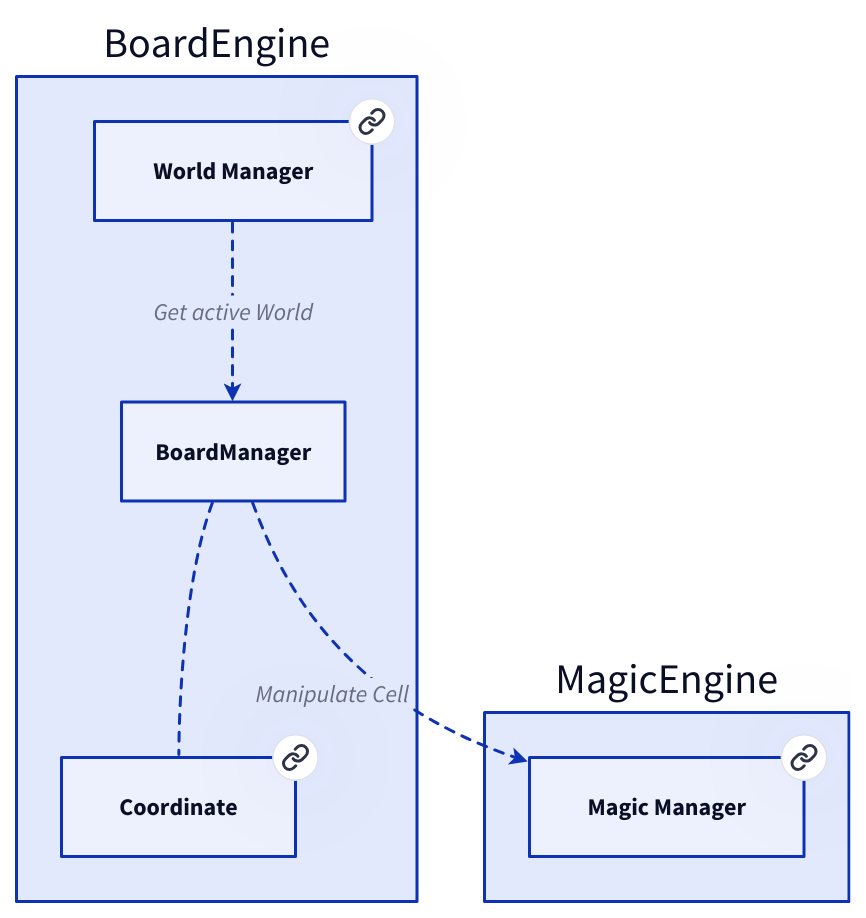
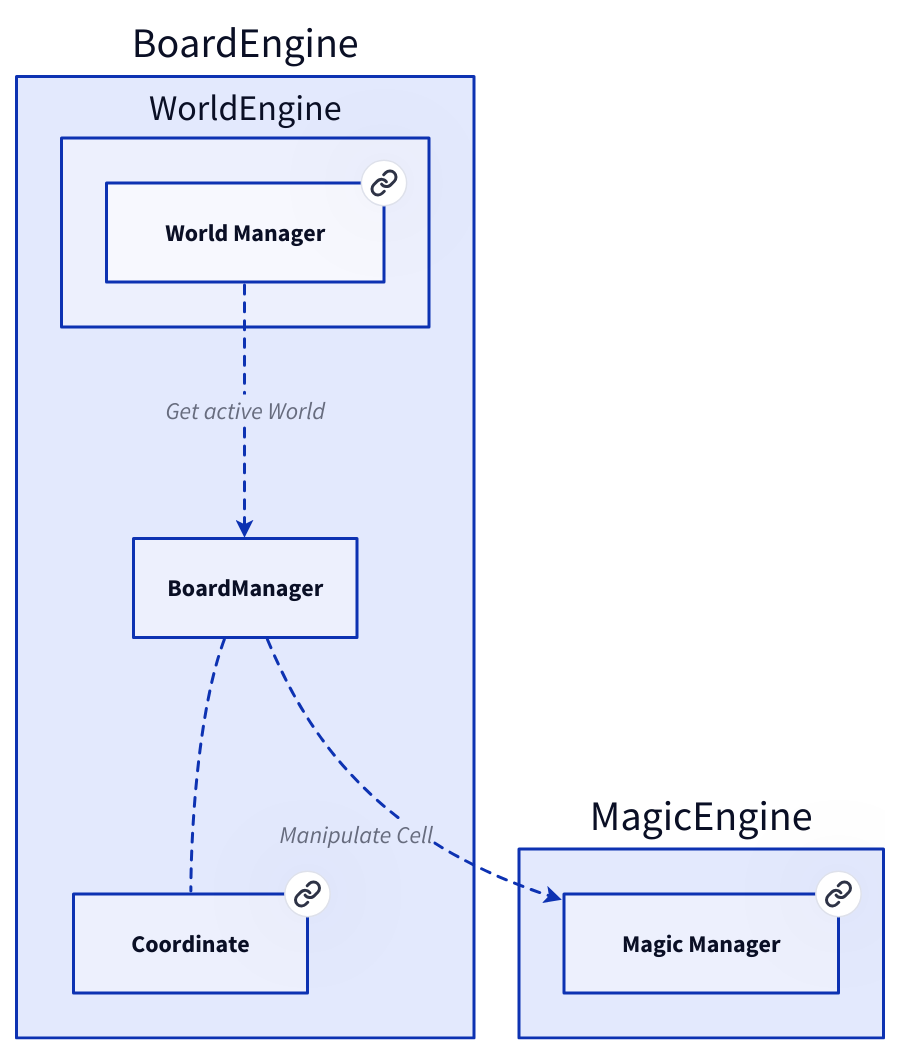
One commit to Portevent/Brume-Documentation changed the diagram in doc/BoardEngine/BoardManager.md. Above: the diagram before and after it, drawn with D2. The commit also changed 92 other files, not shown here.

````diff
--- a/doc/BoardEngine/BoardManager.md
+++ b/doc/BoardEngine/BoardManager.md
@@ -11,28 +11,30 @@
 ```d2
 # Nodes :
 BoardEngine: {
     Coordinate: Coordinate {
        link: Coordinate
     }
-    WorldManager: World Manager {
-       link: WorldManager
+    WorldEngine: {
+        WorldManager: World Manager {
+           link: WorldManager
+        }
     }
 }
 MagicEngine: {
     MagicManager: Magic Manager {
        link: MagicManager
     }
 }
 
 # Links :
 BoardEngine.BoardManager -- BoardEngine.Coordinate: {style.stroke-dash: 3}
-BoardEngine.WorldManager -> BoardEngine.BoardManager: Get active World {style.stroke-dash: 3
+BoardEngine.WorldEngine.WorldManager -> BoardEngine.BoardManager: Get active World {style.stroke-dash: 3
 source-arrowhead: {}
 target-arrowhead: {shape: arrow}
 }
 BoardEngine.BoardManager -> MagicEngine.MagicManager: Manipulate Cell {style.stroke-dash: 3
 source-arrowhead: {}
 target-arrowhead: {shape: arrow}
 }
 
 ```
````
